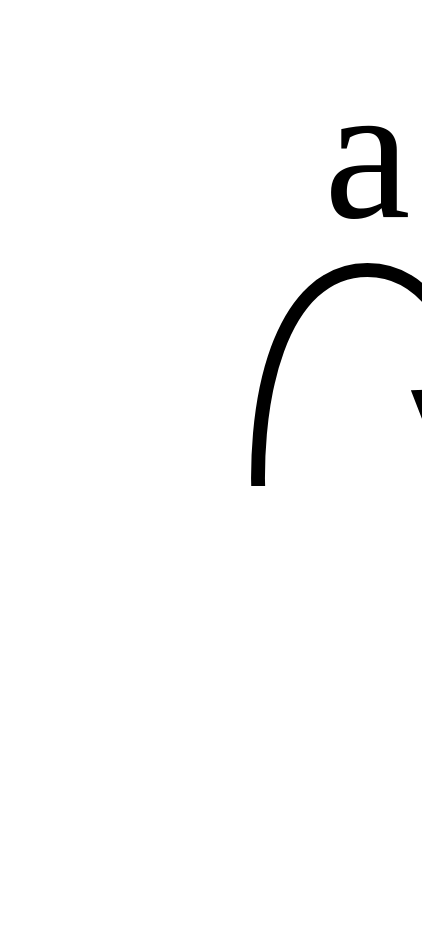
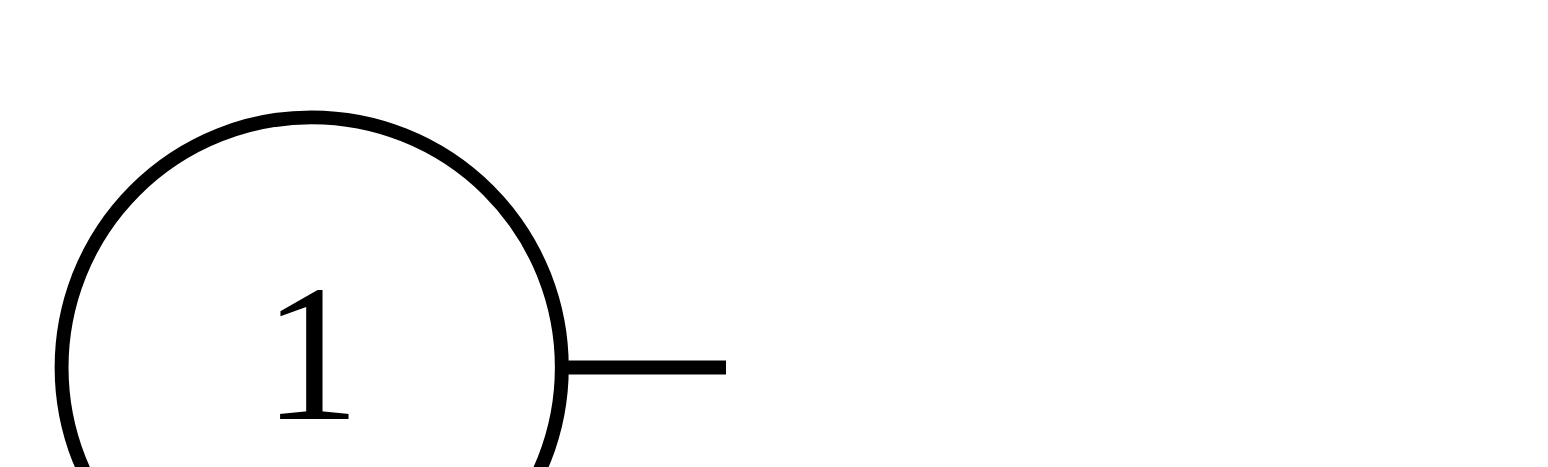
One commit to jorbDehmel/theory-of-computation changed the diagram in figures/regex1.dot. Above: the diagram before and after it, drawn with Graphviz. The commit also changed 66 other files, not shown here.

```diff
--- a/figures/regex1.dot
+++ b/figures/regex1.dot
@@ -1,8 +1,9 @@
 // 1
 digraph first {
     dpi=300;
     rankdir="LR";
     rank=same;
-    1.1 [shape=doublecircle label="1"];
-    1.1 -> 1.1 [label="a"];
+    1.1 [shape=circle label="1"];
+    1.2 [shape=doublecircle label="2"];
+    1.1 -> 1.2 [label="a"];
 }
```
